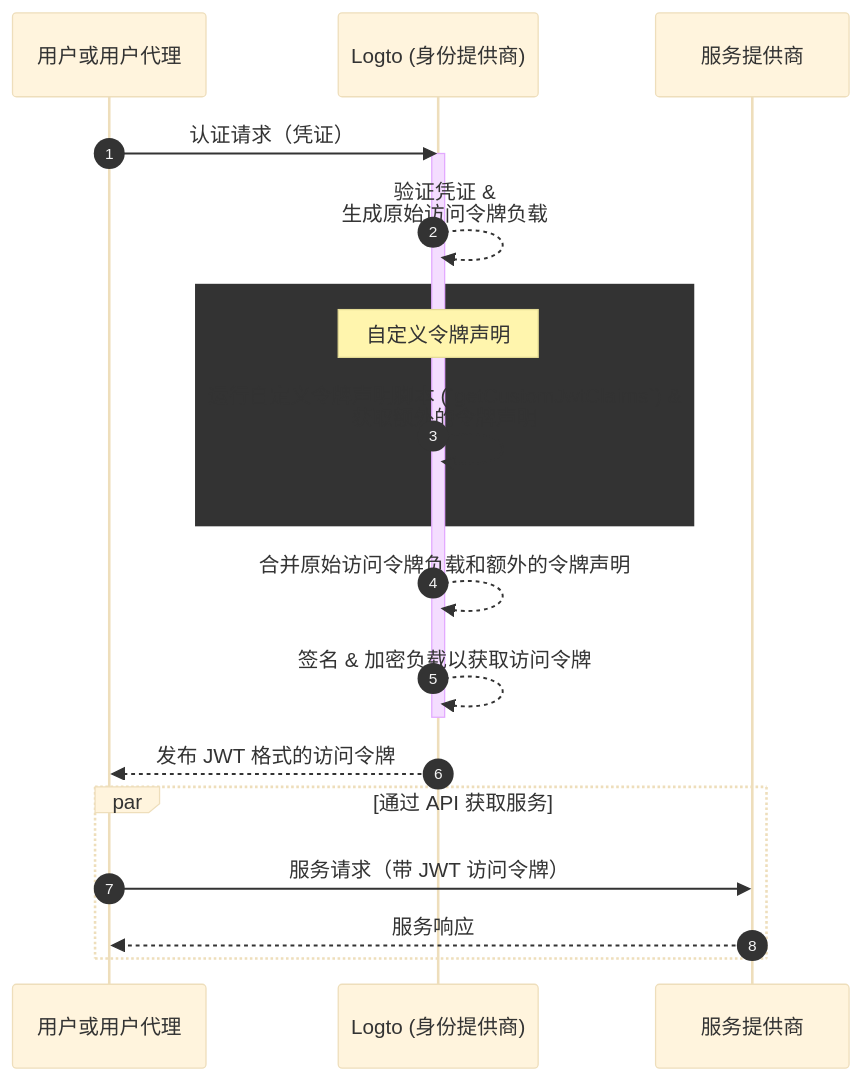
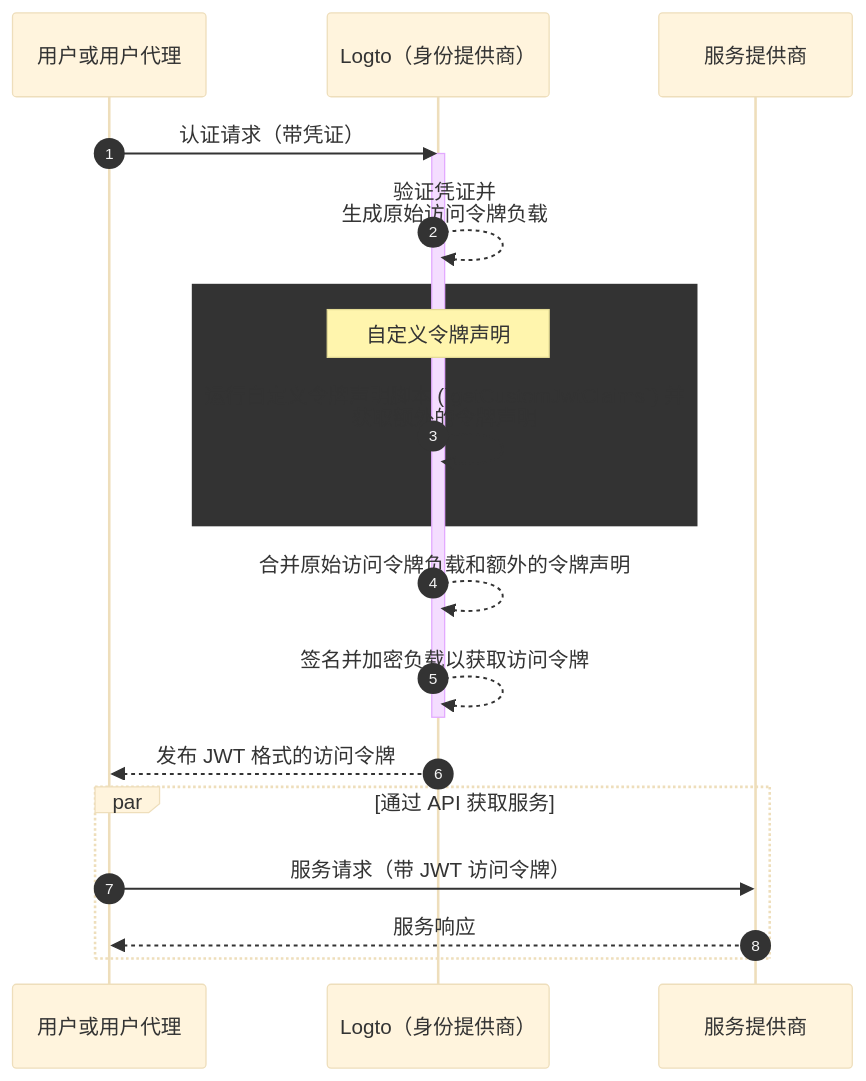
Before and after one commit to logto-io/docs: the diagram in i18n/zh-CN/docusaurus-plugin-content-docs/current/developers/custom-token-claims/README.mdx, drawn with Mermaid (base theme). The commit also changed other lines of this file and 428 other files, not shown here.

````diff
--- a/i18n/zh-CN/docusaurus-plugin-content-docs/current/developers/custom-token-claims/README.mdx
+++ b/i18n/zh-CN/docusaurus-plugin-content-docs/current/developers/custom-token-claims/README.mdx
@@ -24,23 +24,23 @@
 ```mermaid
 sequenceDiagram
   participant U as 用户或用户代理
-  participant IdP as  Logto (身份提供商)
+  participant IdP as Logto（身份提供商）
   participant SP as 服务提供商
 
   autonumber
-  U ->> IdP: 认证请求（凭证）
+  U ->> IdP: 认证请求（带凭证）
   activate IdP
-  IdP-->>IdP: 验证凭证 &<br/>生成原始访问令牌负载
+  IdP-->>IdP: 验证凭证并<br/>生成原始访问令牌负载
   rect var(--mermaid-rect-fill)
   note over IdP: 自定义令牌声明
-  IdP->>IdP: 运行自定义令牌声明脚本 (`getCustomJwtClaims`) &<br/>获取额外的令牌声明
+  IdP->>IdP: 运行自定义令牌声明脚本 (`getCustomJwtClaims`) 并<br/>获取额外的令牌声明
   end
   IdP-->>IdP: 合并原始访问令牌负载和额外的令牌声明
-  IdP-->>IdP: 签名 & 加密负载以获取访问令牌
+  IdP-->>IdP: 签名并加密负载以获取访问令牌
   deactivate IdP
   IdP-->>U: 发布 JWT 格式的访问令牌
   par 通过 API 获取服务
   U->>SP: 服务请求（带 JWT 访问令牌）
   SP-->>U: 服务响应
   end
 ```
````
